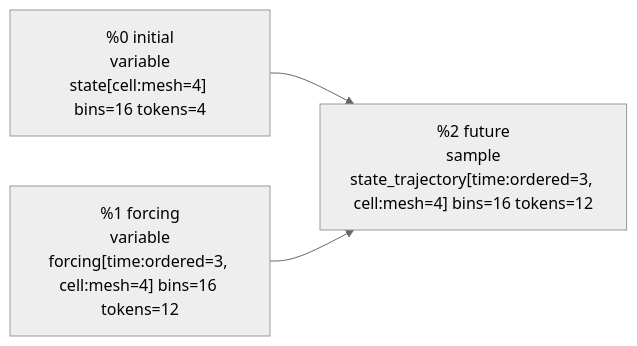
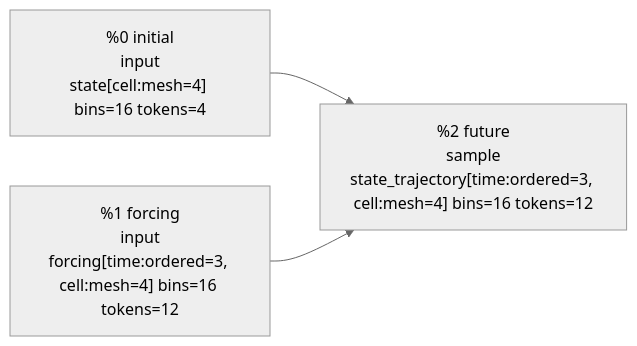
Before and after one commit to marin-community/marin: the first of 3 diagrams in experiments/probabilistic_dataflow/debug_outputs/advection.md, drawn with Mermaid (neutral theme). The commit also changed other lines of this file and 15 other files, not shown here.

````diff
--- a/experiments/probabilistic_dataflow/debug_outputs/advection.md
+++ b/experiments/probabilistic_dataflow/debug_outputs/advection.md
@@ -7,8 +7,8 @@
 ```mermaid
 flowchart LR
-  n0["%0 initial<br/>variable<br/>state[cell:mesh=4] bins=16 tokens=4"]
-  n1["%1 forcing<br/>variable<br/>forcing[time:ordered=3, cell:mesh=4] bins=16 tokens=12"]
+  n0["%0 initial<br/>input<br/>state[cell:mesh=4] bins=16 tokens=4"]
+  n1["%1 forcing<br/>input<br/>forcing[time:ordered=3, cell:mesh=4] bins=16 tokens=12"]
   n2["%2 future<br/>sample<br/>state_trajectory[time:ordered=3, cell:mesh=4] bins=16 tokens=12"]
   n0 --> n2
   n1 --> n2
 ```
````
